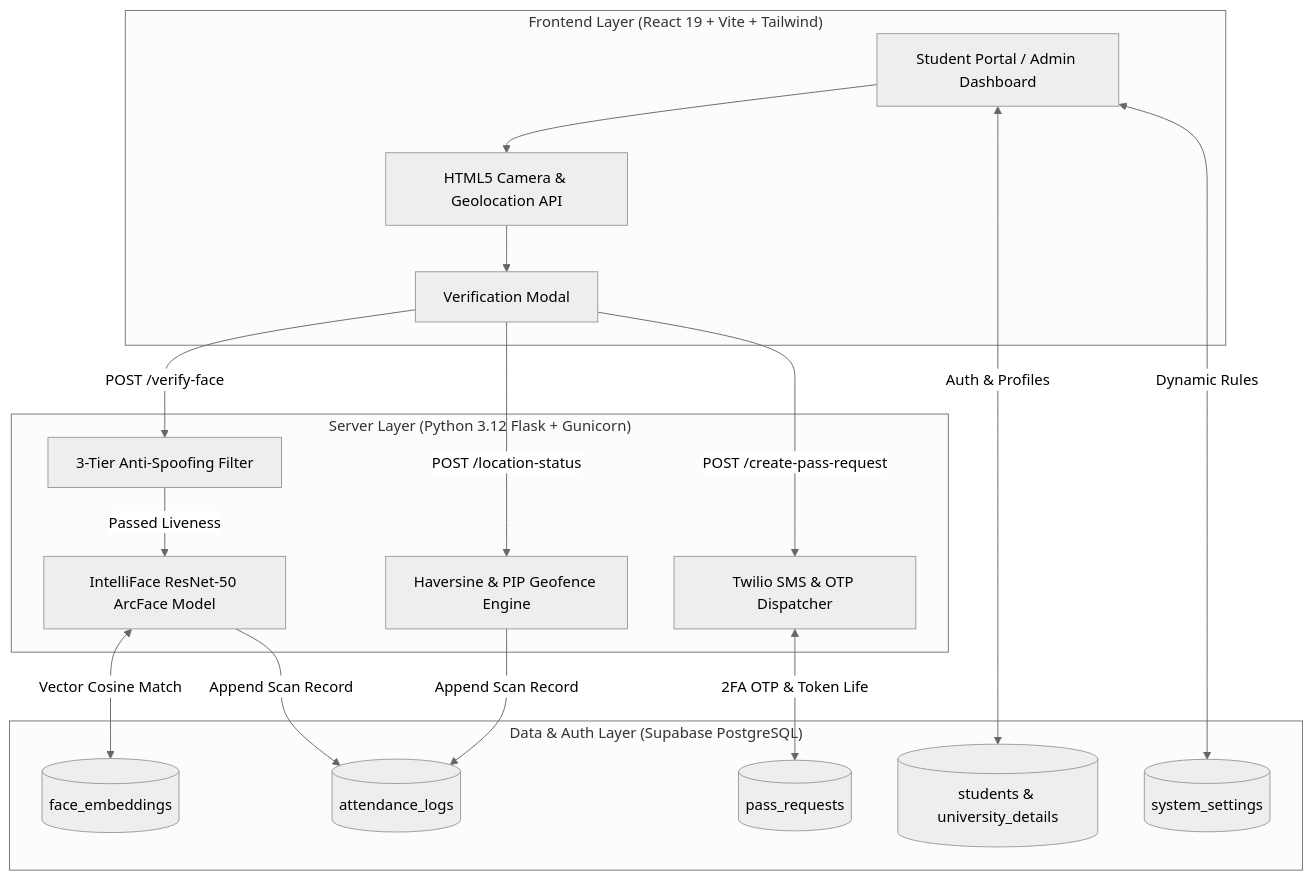
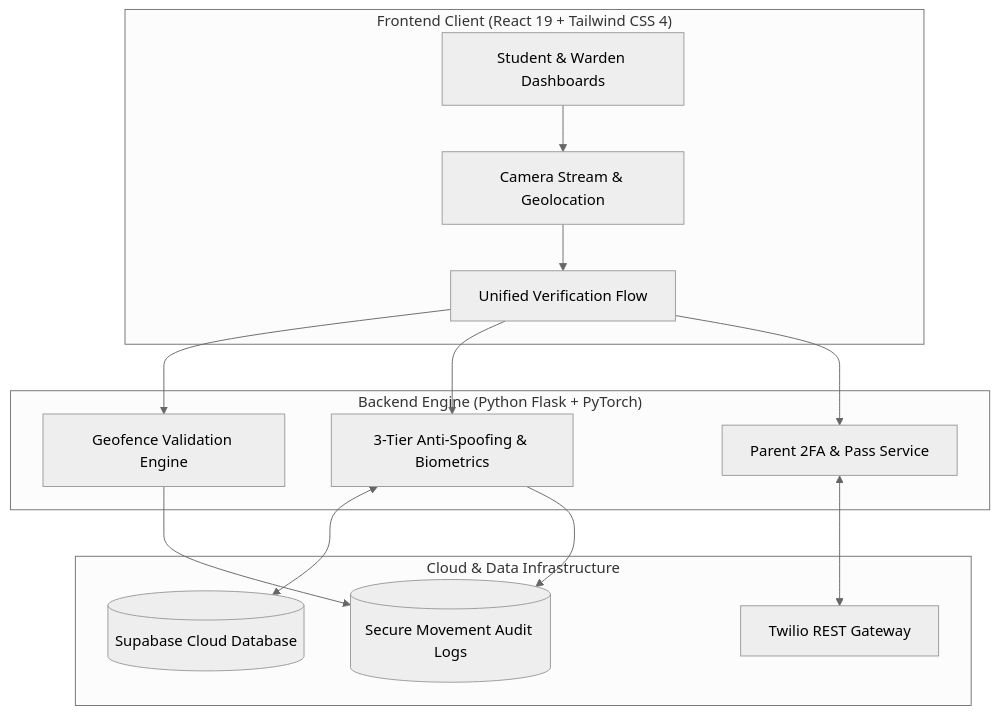
Before and after one commit to Hashimmalik46/IntelliSentry: the diagram in README.md, drawn with Mermaid (neutral theme). The commit also changed other lines of this file, not shown here.

````diff
--- a/README.md
+++ b/README.md
@@ -147,22 +101,19 @@
 ```mermaid
 flowchart TD
-    subgraph Client ["Frontend Layer (React 19 + Vite + Tailwind)"]
-        A[Student Portal / Admin Dashboard] --> B[HTML5 Camera & Geolocation API]
-        B --> C[Verification Modal]
+    subgraph Client ["Frontend Client (React 19 + Tailwind CSS 4)"]
+        A[Student & Warden Dashboards] --> B[Camera Stream & Geolocation]
+        B --> C[Unified Verification Flow]
     end
 
-    subgraph Backend ["Server Layer (Python 3.12 Flask + Gunicorn)"]
-        C -->|POST /location-status| D[Haversine & PIP Geofence Engine]
-        C -->|POST /verify-face| E[3-Tier Anti-Spoofing Filter]
-        E -->|Passed Liveness| F[IntelliFace ResNet-50 ArcFace Model]
-        C -->|POST /create-pass-request| G[Twilio SMS & OTP Dispatcher]
+    subgraph Backend ["Backend Engine (Python Flask + PyTorch)"]
+        C --> D[Geofence Validation Engine]
+        C --> E[3-Tier Anti-Spoofing & Biometrics]
+        C --> F[Parent 2FA & Pass Service]
     end
 
-    subgraph Database ["Data & Auth Layer (Supabase PostgreSQL)"]
-        F <-->|Vector Cosine Match| H[(face_embeddings)]
-        D & F -->|Append Scan Record| I[(attendance_logs)]
-        G <-->|2FA OTP & Token Life| J[(pass_requests)]
-        A <-->|Auth & Profiles| K[(students & university_details)]
-        A <-->|Dynamic Rules| L[(system_settings)]
+    subgraph Cloud ["Cloud & Data Infrastructure"]
+        E <--> G[(Supabase Cloud Database)]
+        F <--> H[Twilio REST Gateway]
+        D & E --> I[(Secure Movement Audit Logs)]
     end
 ```
````
